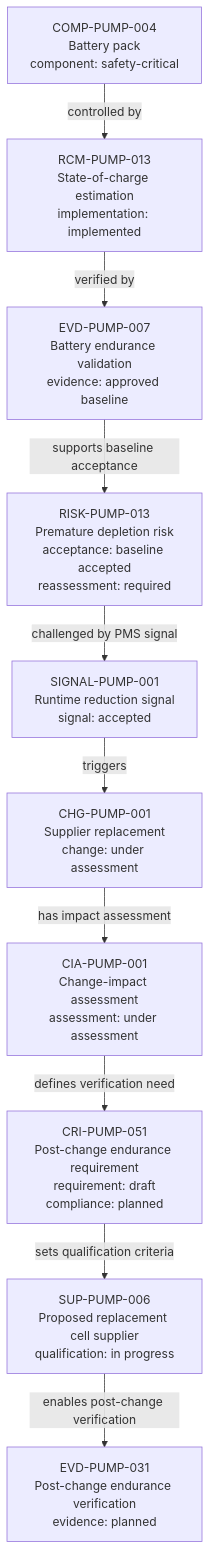
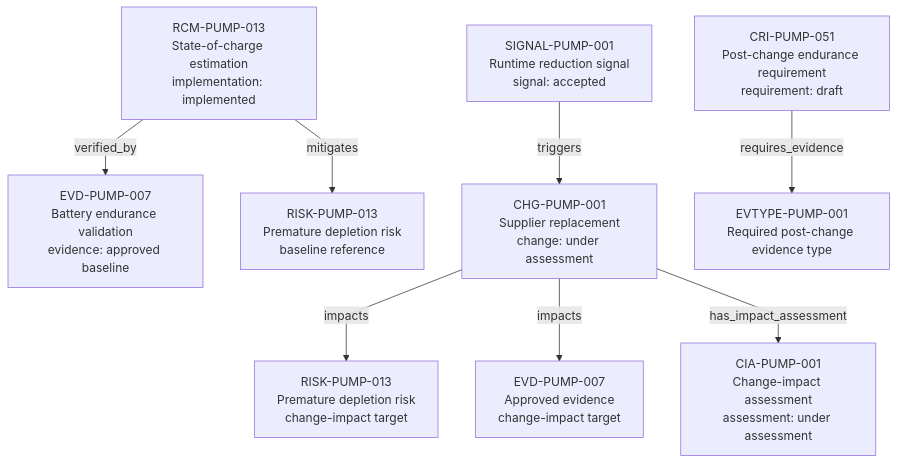
One commit to mvattulainen/mdrontology changed the diagram in content/06-Infpump FlowGuard ontology notes/connections/05-battery-signal-to-change-assessment.md. Above: the diagram before and after it, drawn with Mermaid. The commit also changed other lines of this file and 321 other files, not shown here.

Commit message:
Implement Mermaid ontology audit findings

````diff
--- a/content/06-Infpump FlowGuard ontology notes/connections/05-battery-signal-to-change-assessment.md
+++ b/content/06-Infpump FlowGuard ontology notes/connections/05-battery-signal-to-change-assessment.md
@@ -25,32 +24,31 @@
 ```mermaid
+%%{init: {"flowchart": {"curve": "linear"}}}%%
 flowchart TD
-  N1["COMP-PUMP-004<br/>Battery pack<br/>component: safety-critical"]
-  N2["RCM-PUMP-013<br/>State-of-charge estimation<br/>implementation: implemented"]
-  N3["EVD-PUMP-007<br/>Battery endurance validation<br/>evidence: approved baseline"]
-  N4["RISK-PUMP-013<br/>Premature depletion risk<br/>acceptance: baseline accepted<br/>reassessment: required"]
-  N5["SIGNAL-PUMP-001<br/>Runtime reduction signal<br/>signal: accepted"]
-  N6["CHG-PUMP-001<br/>Supplier replacement<br/>change: under assessment"]
-  N7["CIA-PUMP-001<br/>Change-impact assessment<br/>assessment: under assessment"]
-  N8["CRI-PUMP-051<br/>Post-change endurance requirement<br/>requirement: draft<br/>compliance: planned"]
-  N9["SUP-PUMP-006<br/>Proposed replacement cell supplier<br/>qualification: in progress"]
-  N10["EVD-PUMP-031<br/>Post-change endurance verification<br/>evidence: planned"]
-  N1 -->|controlled by| N2
-  N2 -->|verified by| N3
-  N3 -->|supports baseline acceptance| N4
-  N4 -->|challenged by PMS signal| N5
-  N5 -->|triggers| N6
-  N6 -->|has impact assessment| N7
-  N7 -->|defines verification need| N8
-  N8 -->|sets qualification criteria| N9
-  N9 -->|enables post-change verification| N10
-  click N1 "/06-infpump-flowguard-ontology-notes/component/comp-pump-004-rechargeable-battery-pack" "Open COMP-PUMP-004"
-  click N2 "/06-infpump-flowguard-ontology-notes/risk-control-measure/rcm-pump-013-battery-state-of-charge-estimation" "Open RCM-PUMP-013"
-  click N3 "/06-infpump-flowguard-ontology-notes/verification-evidence/evd-pump-007-battery-endurance-validation-report" "Open EVD-PUMP-007"
-  click N4 "/06-infpump-flowguard-ontology-notes/risk/risk-pump-013-clinical-injury-following-premature-battery-depletion" "Open RISK-PUMP-013"
-  click N5 "/06-infpump-flowguard-ontology-notes/signal/signal-pump-001-unexpected-battery-runtime-reduction" "Open SIGNAL-PUMP-001"
-  click N6 "/06-infpump-flowguard-ontology-notes/change/chg-pump-001-battery-cell-supplier-replacement" "Open CHG-PUMP-001"
-  click N7 "/06-infpump-flowguard-ontology-notes/change-impact-assessment/cia-pump-001-battery-cell-supplier-change-impact-assessment" "Open CIA-PUMP-001"
-  click N8 "/06-infpump-flowguard-ontology-notes/compliance-requirement-instance/cri-pump-051-battery-endurance-after-cell-supplier-change" "Open CRI-PUMP-051"
-  click N9 "/06-infpump-flowguard-ontology-notes/supplier/sup-pump-006-proposed-replacement-battery-cell-supplier" "Open SUP-PUMP-006"
-  click N10 "/06-infpump-flowguard-ontology-notes/verification-evidence/evd-pump-031-post-change-battery-endurance-verification" "Open EVD-PUMP-031"
+  N1["RCM-PUMP-013<br/>State-of-charge estimation<br/>implementation: implemented"]
+  N2["EVD-PUMP-007<br/>Battery endurance validation<br/>evidence: approved baseline"]
+  N3["RISK-PUMP-013<br/>Premature depletion risk<br/>baseline reference"]
+  N4["SIGNAL-PUMP-001<br/>Runtime reduction signal<br/>signal: accepted"]
+  N5["CHG-PUMP-001<br/>Supplier replacement<br/>change: under assessment"]
+  N6["CIA-PUMP-001<br/>Change-impact assessment<br/>assessment: under assessment"]
+  N7["CRI-PUMP-051<br/>Post-change endurance requirement<br/>requirement: draft"]
+  N8["EVTYPE-PUMP-001<br/>Required post-change evidence type"]
+  N9["RISK-PUMP-013<br/>Premature depletion risk<br/>change-impact target"]
+  N10["EVD-PUMP-007<br/>Approved evidence<br/>change-impact target"]
+  N1 -->|mitigates| N3
+  N1 -->|verified_by| N2
+  N4 -->|triggers| N5
+  N5 -->|impacts| N9
+  N5 -->|impacts| N10
+  N5 -->|has_impact_assessment| N6
+  N7 -->|requires_evidence| N8
+  click N1 "/06-infpump-flowguard-ontology-notes/risk-control-measure/rcm-pump-013-battery-state-of-charge-estimation" "Open RCM-PUMP-013"
+  click N2 "/06-infpump-flowguard-ontology-notes/verification-evidence/evd-pump-007-battery-endurance-validation-report" "Open EVD-PUMP-007"
+  click N3 "/06-infpump-flowguard-ontology-notes/risk/risk-pump-013-clinical-injury-following-premature-battery-depletion" "Open RISK-PUMP-013"
+  click N4 "/06-infpump-flowguard-ontology-notes/signal/signal-pump-001-unexpected-battery-runtime-reduction" "Open SIGNAL-PUMP-001"
+  click N5 "/06-infpump-flowguard-ontology-notes/change/chg-pump-001-battery-cell-supplier-replacement" "Open CHG-PUMP-001"
+  click N6 "/06-infpump-flowguard-ontology-notes/change-impact-assessment/cia-pump-001-battery-cell-supplier-change-impact-assessment" "Open CIA-PUMP-001"
+  click N7 "/06-infpump-flowguard-ontology-notes/compliance-requirement-instance/cri-pump-051-battery-endurance-after-cell-supplier-change" "Open CRI-PUMP-051"
+  click N8 "/01-ontology-instances/08-technical-documentation/evidence-types/evtype-pump-001-post-change-battery-endurance-verification" "Open EVTYPE-PUMP-001"
+  click N9 "/06-infpump-flowguard-ontology-notes/risk/risk-pump-013-clinical-injury-following-premature-battery-depletion" "Open RISK-PUMP-013"
+  click N10 "/06-infpump-flowguard-ontology-notes/verification-evidence/evd-pump-007-battery-endurance-validation-report" "Open EVD-PUMP-007"
 ```
````
